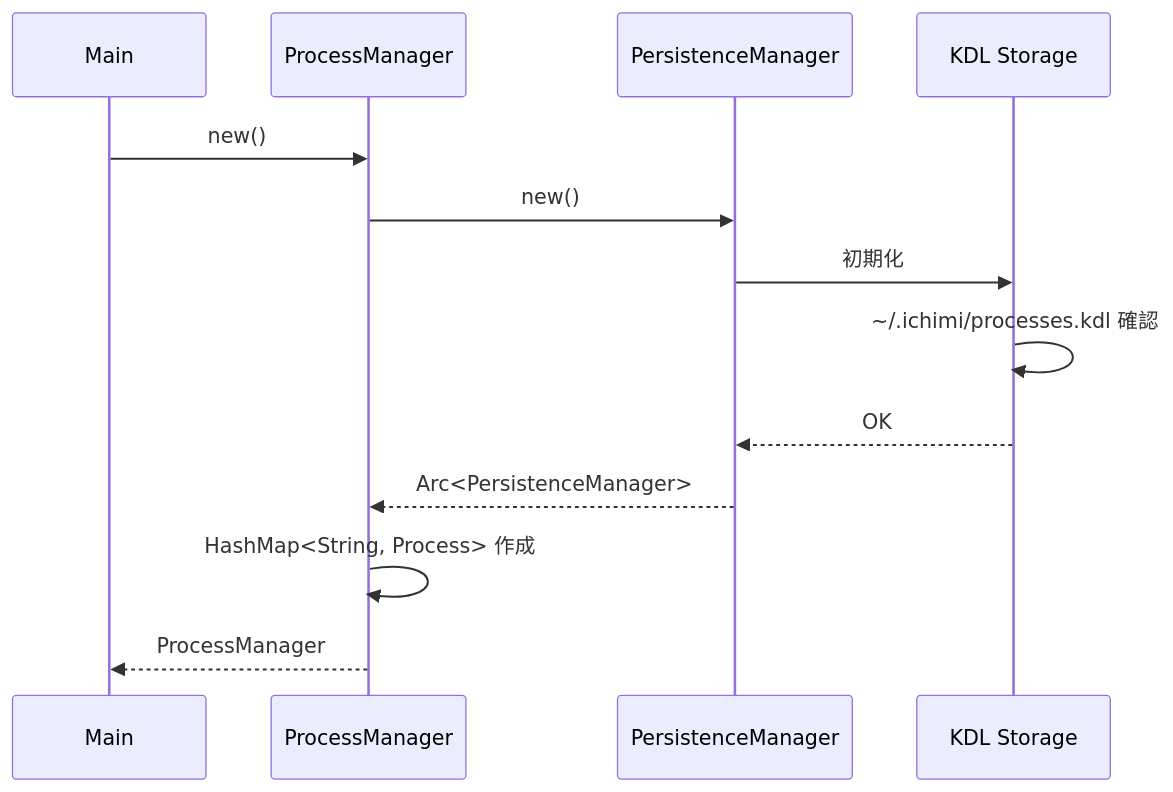
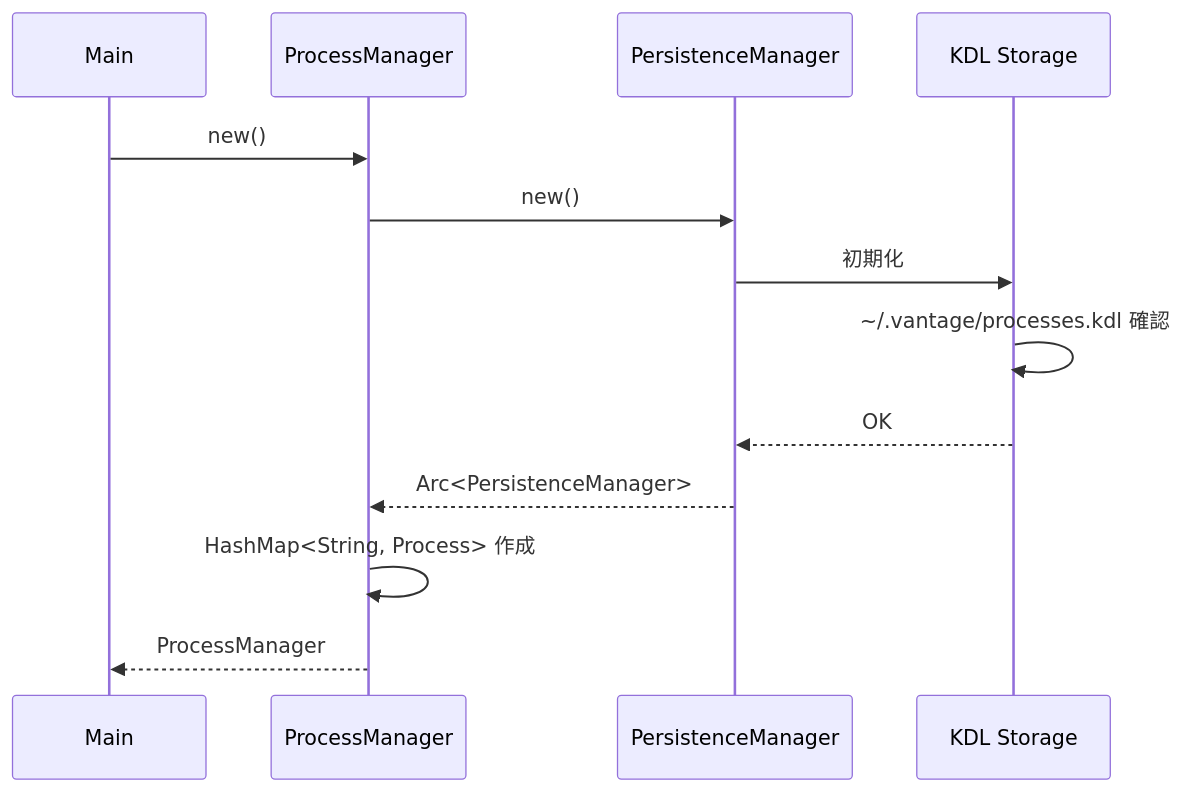
The second of 13 diagrams in docs/server-flows.md (chronista-club/vantage-mcp), drawn with Mermaid before and after one commit. The commit also changed other lines of this file and 122 other files, not shown here.

First line of the commit message:
refactor: Rename project from Ichimi to Vantage MCP (#18)

````diff
--- a/docs/server-flows.md
+++ b/docs/server-flows.md
@@ -88,16 +88,16 @@
 ```mermaid
 sequenceDiagram
     participant Main
     participant PM as ProcessManager
     participant Persist as PersistenceManager
     participant KDL as KDL Storage
 
     Main->>PM: new()
     PM->>Persist: new()
     Persist->>KDL: 初期化
-    KDL->>KDL: ~/.ichimi/processes.kdl 確認
+    KDL->>KDL: ~/.vantage/processes.kdl 確認
     KDL-->>Persist: OK
     Persist-->>PM: Arc<PersistenceManager>
     PM->>PM: HashMap<String, Process> 作成
     PM-->>Main: ProcessManager
 ```
````
